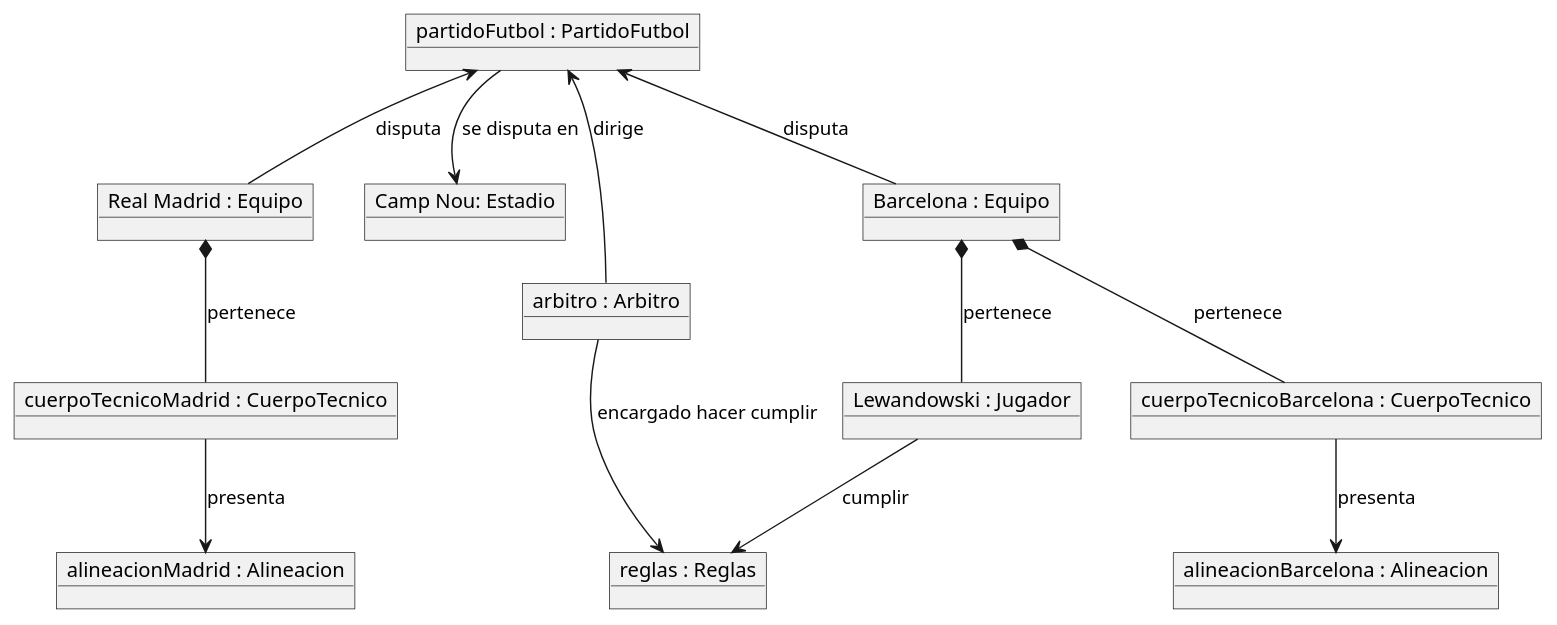
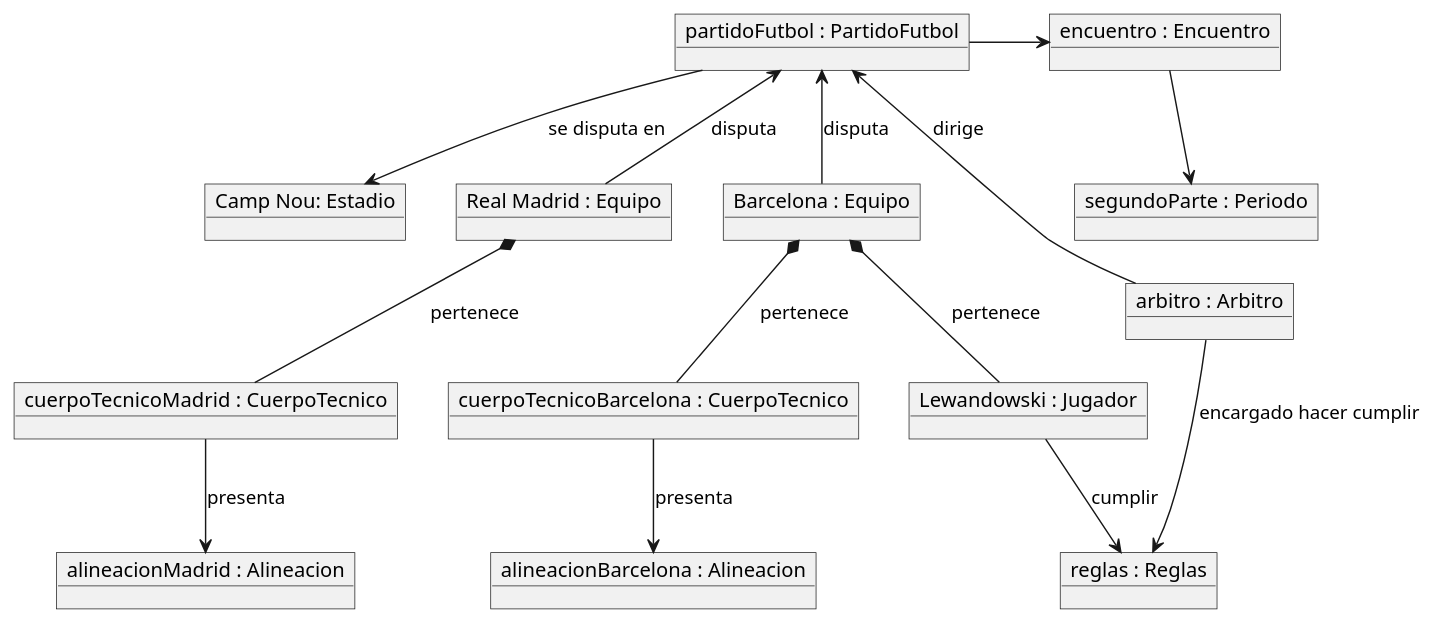
Before and after one commit to mmasias/IdSw1-22-23: the diagram in actividades/001-futbol/RuizJavier/CódigosUML/diagramaObjetos.puml, drawn with PlantUML.

```diff
--- a/actividades/001-futbol/RuizJavier/CódigosUML/diagramaObjetos.puml
+++ b/actividades/001-futbol/RuizJavier/CódigosUML/diagramaObjetos.puml
@@ -1,42 +1,48 @@
 @startuml
 
 object "partidoFutbol : PartidoFutbol" as PartidoFutbol
+
+object "encuentro : Encuentro" as Encuentro
+
+object "segundoParte : Periodo" as Periodo
 
 object "arbitro : Arbitro" as Árbitro
 
 object "Camp Nou: Estadio" as Estadio
 
 object "reglas : Reglas" as Reglas
 
 object "Real Madrid : Equipo" as equipoMadrid
 object "Barcelona : Equipo" as equipoBarcelona
 
 object "cuerpoTecnicoMadrid : CuerpoTecnico" as cuerpoTecnicoMadrid
 object "cuerpoTecnicoBarcelona : CuerpoTecnico" as cuerpoTecnicoBarcelona
 
 object "alineacionMadrid : Alineacion" as alineacionMadrid
 object "alineacionBarcelona : Alineacion" as alineacionBarcelona
 
 
 object "Lewandowski : Jugador" as jugadorBarcelona
 
 
 PartidoFutbol --> Estadio : se disputa en
+PartidoFutbol -r-> Encuentro
+Encuentro --> Periodo
 PartidoFutbol <-- Árbitro : dirige
 PartidoFutbol <-- equipoBarcelona: disputa
 PartidoFutbol <-- equipoMadrid: disputa
 Árbitro --> Reglas : encargado hacer cumplir
 
 
 equipoBarcelona *-- jugadorBarcelona : pertenece
 equipoMadrid *-- cuerpoTecnicoMadrid: pertenece
 equipoBarcelona*-- cuerpoTecnicoBarcelona: pertenece
 
 jugadorBarcelona --> Reglas : cumplir
 
 
 cuerpoTecnicoMadrid --> alineacionMadrid : presenta
 cuerpoTecnicoBarcelona --> alineacionBarcelona: presenta
 
 
 @enduml
```
